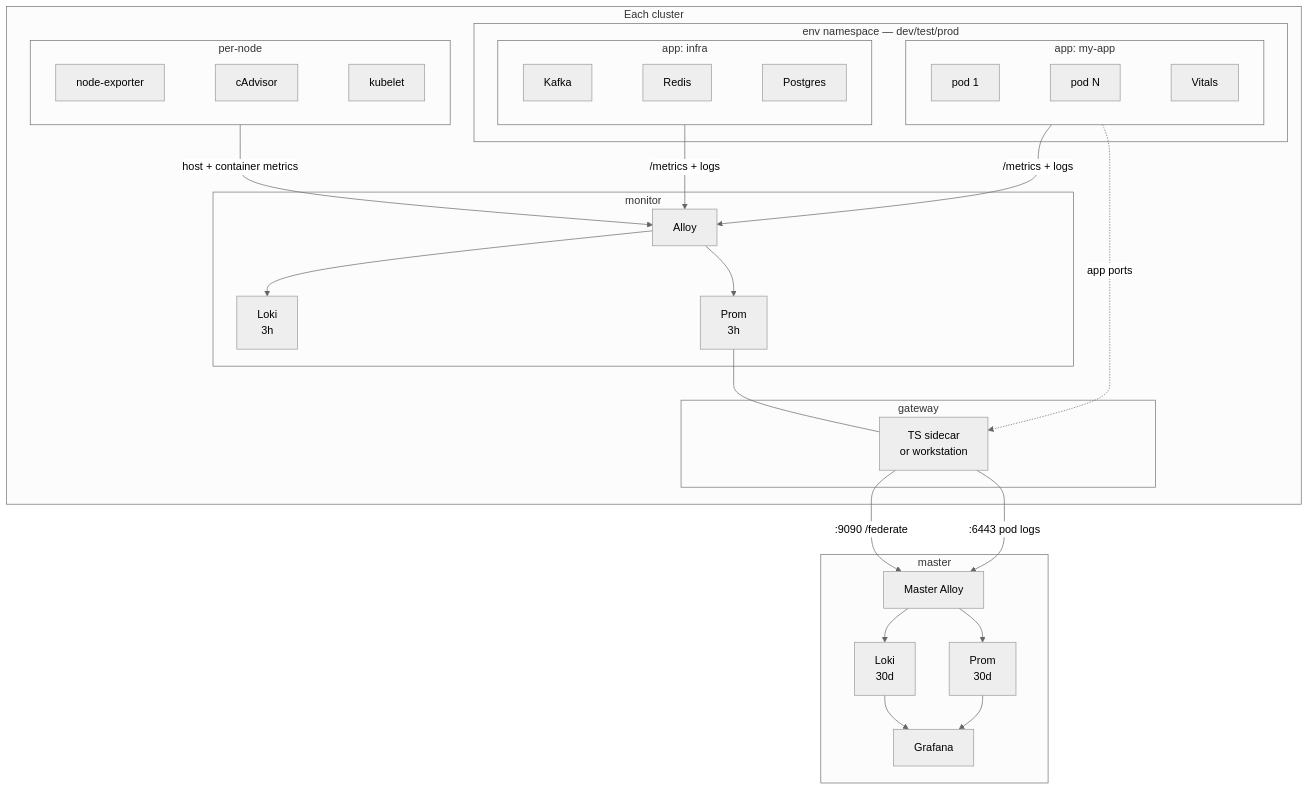
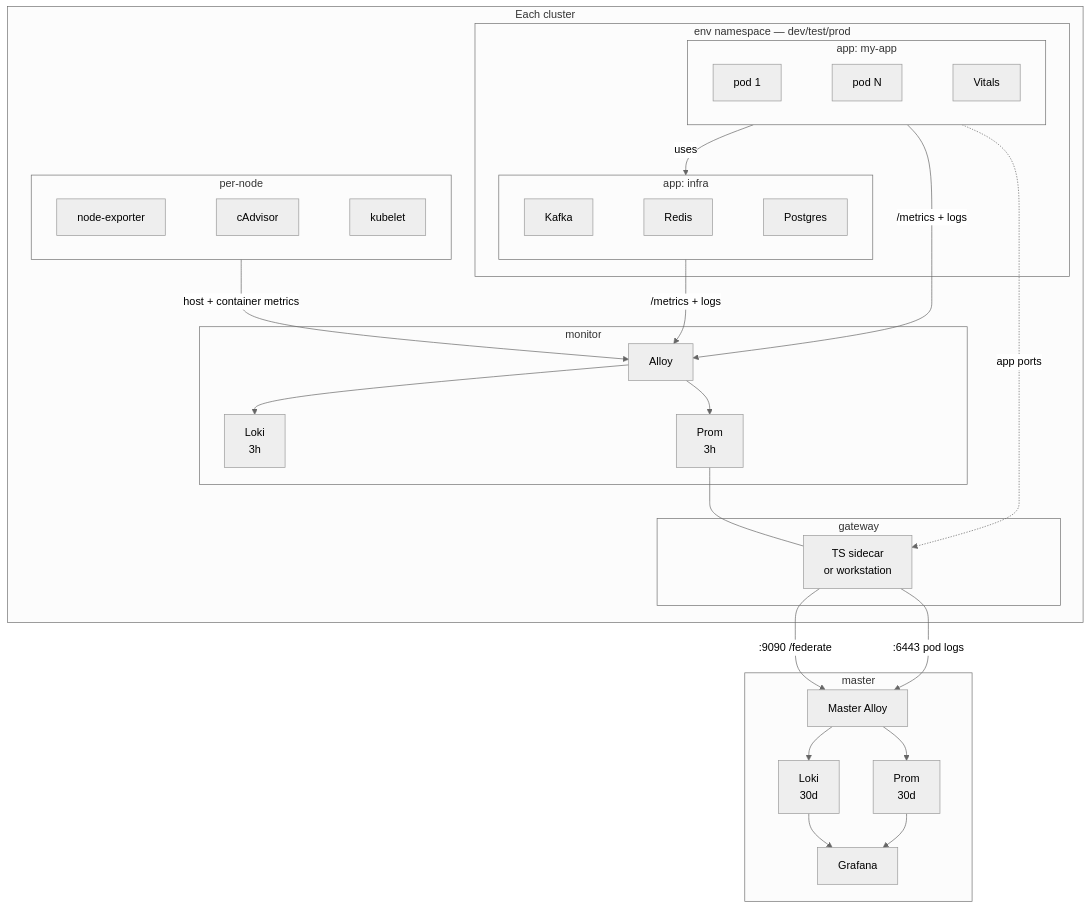
Before and after one commit to Kord96/kordinate: the fourth of 4 diagrams in docs/infrastructure.md, drawn with Mermaid (neutral theme).

Commit message:
docs: show app: my-app uses app: infra in data flow [scribe]

````diff
--- a/docs/infrastructure.md
+++ b/docs/infrastructure.md
@@ -97,47 +97,48 @@
 ```mermaid
 flowchart TB
     subgraph cluster[Each cluster]
         subgraph env[env namespace — dev/test/prod]
             subgraph myapp["app: my-app"]
                 P1[pod 1]
                 PN[pod N]
                 VIT[Vitals]
                 P1 ~~~ PN ~~~ VIT
             end
             subgraph infra["app: infra"]
                 KF[Kafka]
                 RD[Redis]
                 PG[Postgres]
                 KF ~~~ RD ~~~ PG
             end
         end
 
         subgraph nodes[per-node]
             NE[node-exporter]
             CA[cAdvisor]
             KL[kubelet]
             NE ~~~ CA ~~~ KL
         end
 
         subgraph mon[monitor]
             AL[Alloy] --> LK[Loki<br/>3h] & PR[Prom<br/>3h]
         end
 
         subgraph gw[gateway]
             GWT[TS sidecar<br/>or workstation]
         end
 
+        myapp -->|uses| infra
         myapp & infra -->|/metrics + logs| AL
         nodes -->|host + container metrics| AL
         PR --- GWT
         myapp -.->|app ports| GWT
     end
 
     GWT -->|:9090 /federate| MA
     GWT -->|:6443 pod logs| MA
 
     subgraph master[master]
         MA[Master Alloy] --> ML[Loki<br/>30d] & MP[Prom<br/>30d]
         MP & ML --> G[Grafana]
     end
 ```
````
